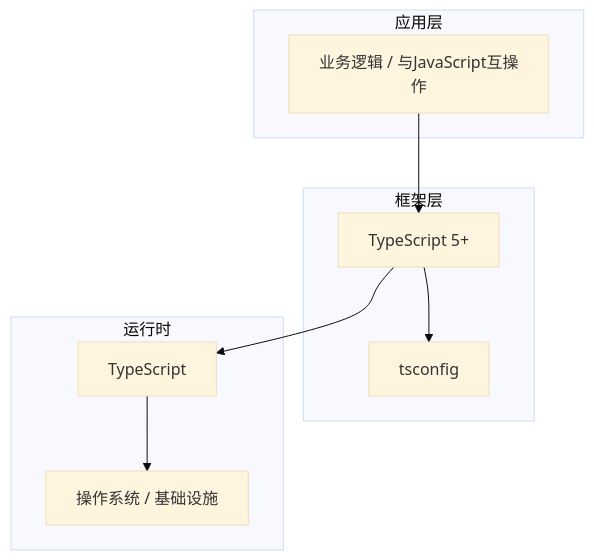
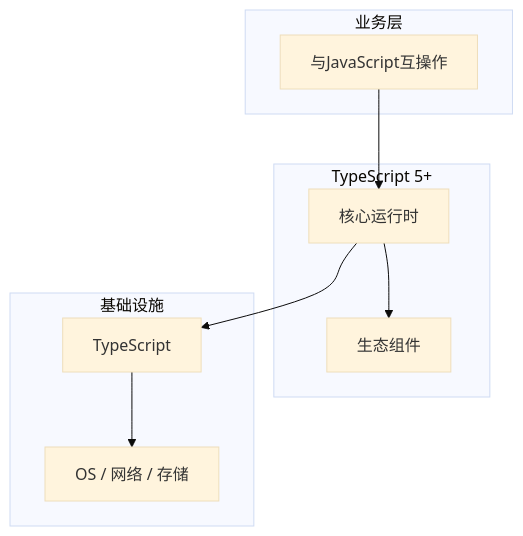
One commit to yanggan2015/knowledge-json-v2 changed the diagram in articles/TypeScript/chapters/077-与JavaScript互操作核心概念与原理.md. Above: the diagram before and after it, drawn with Mermaid (base theme). The commit also changed other lines of this file and 10127 other files, not shown here.

````diff
--- a/articles/TypeScript/chapters/077-与JavaScript互操作核心概念与原理.md
+++ b/articles/TypeScript/chapters/077-与JavaScript互操作核心概念与原理.md
@@ -45,18 +34,18 @@
 ```mermaid
 graph TB
-    subgraph 应用层
-        A[业务逻辑 / 与JavaScript互操作]
+    subgraph 业务层
+        A[与JavaScript互操作]
     end
-    subgraph 框架层
-        B[TypeScript 5+]
-        C[tsconfig]
+    subgraph TypeScript 5+
+        B[核心运行时]
+        C[生态组件]
     end
-    subgraph 运行时
+    subgraph 基础设施
         D[TypeScript]
-        E[操作系统 / 基础设施]
+        E[OS / 网络 / 存储]
     end
     A --> B
     B --> C
     B --> D
     D --> E
 ```
````
